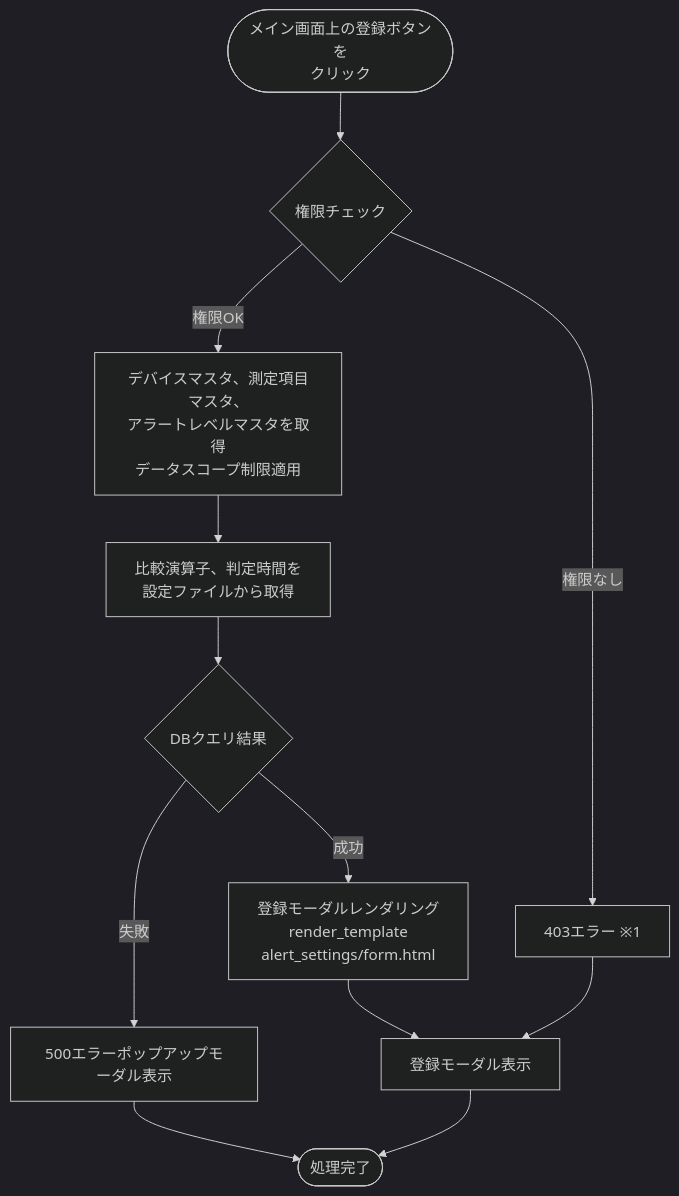
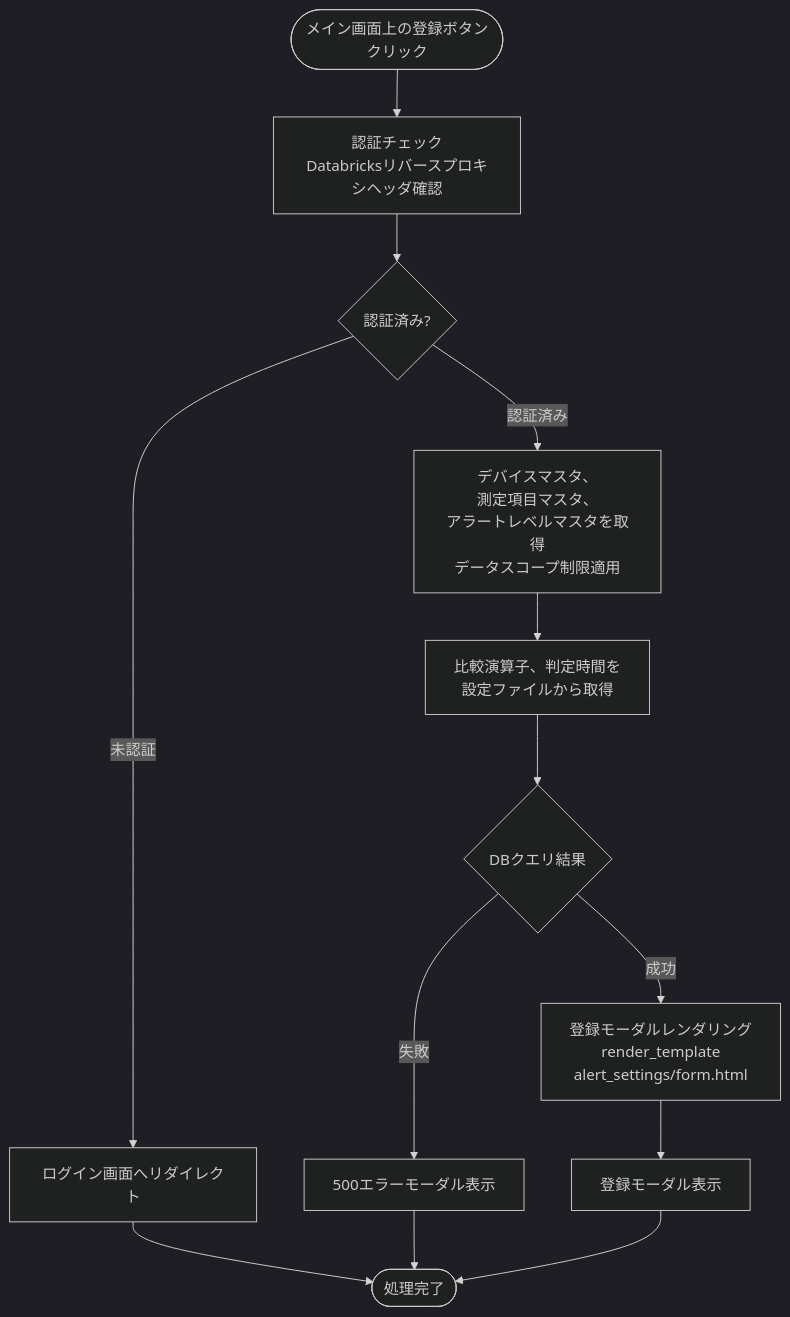
Before and after one commit to NSW-SVCP-AIWG002/Databricks-IoT: the third of 9 diagrams in docs/03-features/flask-app/alert-settings/workflow-specification.md, drawn with Mermaid (dark theme). The commit also changed other lines of this file and 2 other files, not shown here.

````diff
--- a/docs/03-features/flask-app/alert-settings/workflow-specification.md
+++ b/docs/03-features/flask-app/alert-settings/workflow-specification.md
@@ -393,18 +435,18 @@
 ```mermaid
 flowchart TD
-    Start([メイン画面上の登録ボタンを<br>クリック]) --> CheckPerm{権限チェック}
+    Start([メイン画面上の登録ボタン<br>クリック]) --> Auth[認証チェック<br>Databricksリバースプロキシヘッダ確認]
+    Auth --> CheckAuth{認証済み?}
+    CheckAuth -->|未認証| Error401[ログイン画面へリダイレクト]
+    Error401 --> End([処理完了])
 
-    CheckPerm -->|権限OK| API[デバイスマスタ、測定項目マスタ、<br>アラートレベルマスタを取得<br>データスコープ制限適用]
+    CheckAuth -->|認証済み| API[デバイスマスタ、<br>測定項目マスタ、<br>アラートレベルマスタを取得<br>データスコープ制限適用]
     API --> Config[比較演算子、判定時間を<br>設定ファイルから取得]
     Config --> Check{DBクエリ結果}
 
-    Check -->|失敗| Error[500エラーポップアップモーダル表示]
+    Check -->|失敗| Error[500エラーモーダル表示]
     Error --> End
 
     Check -->|成功| Success[登録モーダルレンダリング<br>render_template<br>alert_settings/form.html]
     Success --> View[登録モーダル表示]
-    View --> End([処理完了])
-
-    CheckPerm -->|権限なし| Error403[403エラー ※1]
-    Error403 --> View[登録モーダル表示]
+    View --> End
 ```
````
